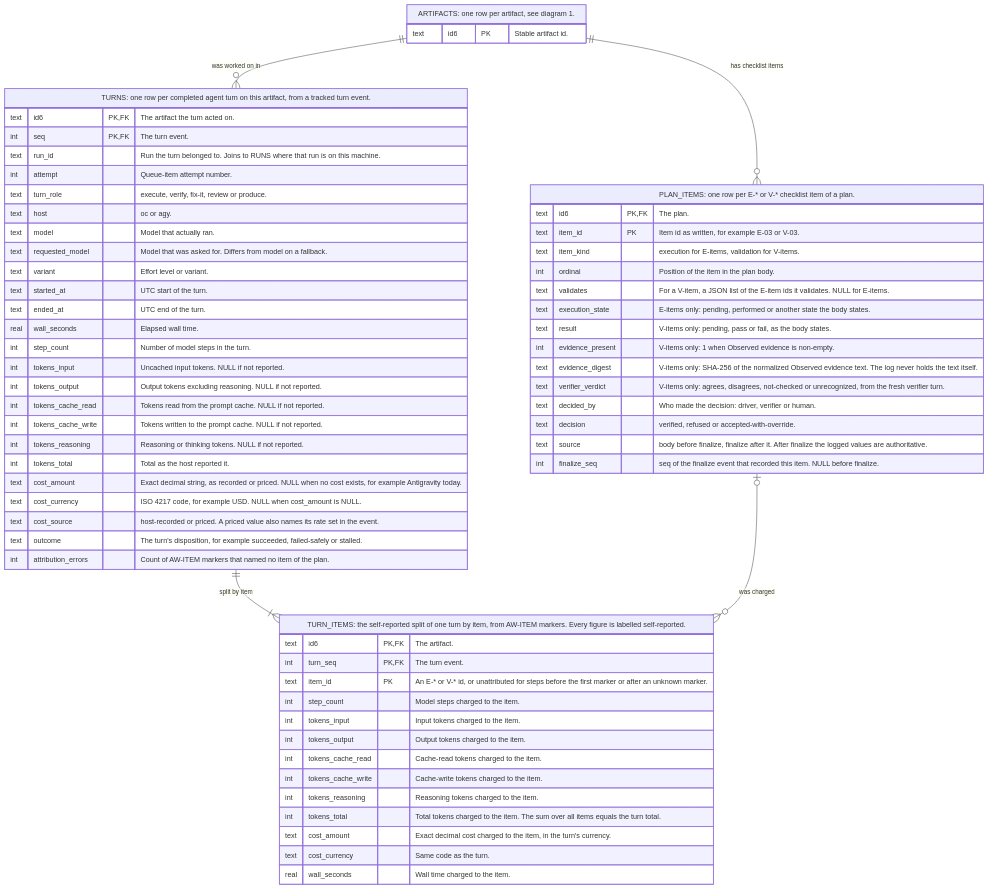
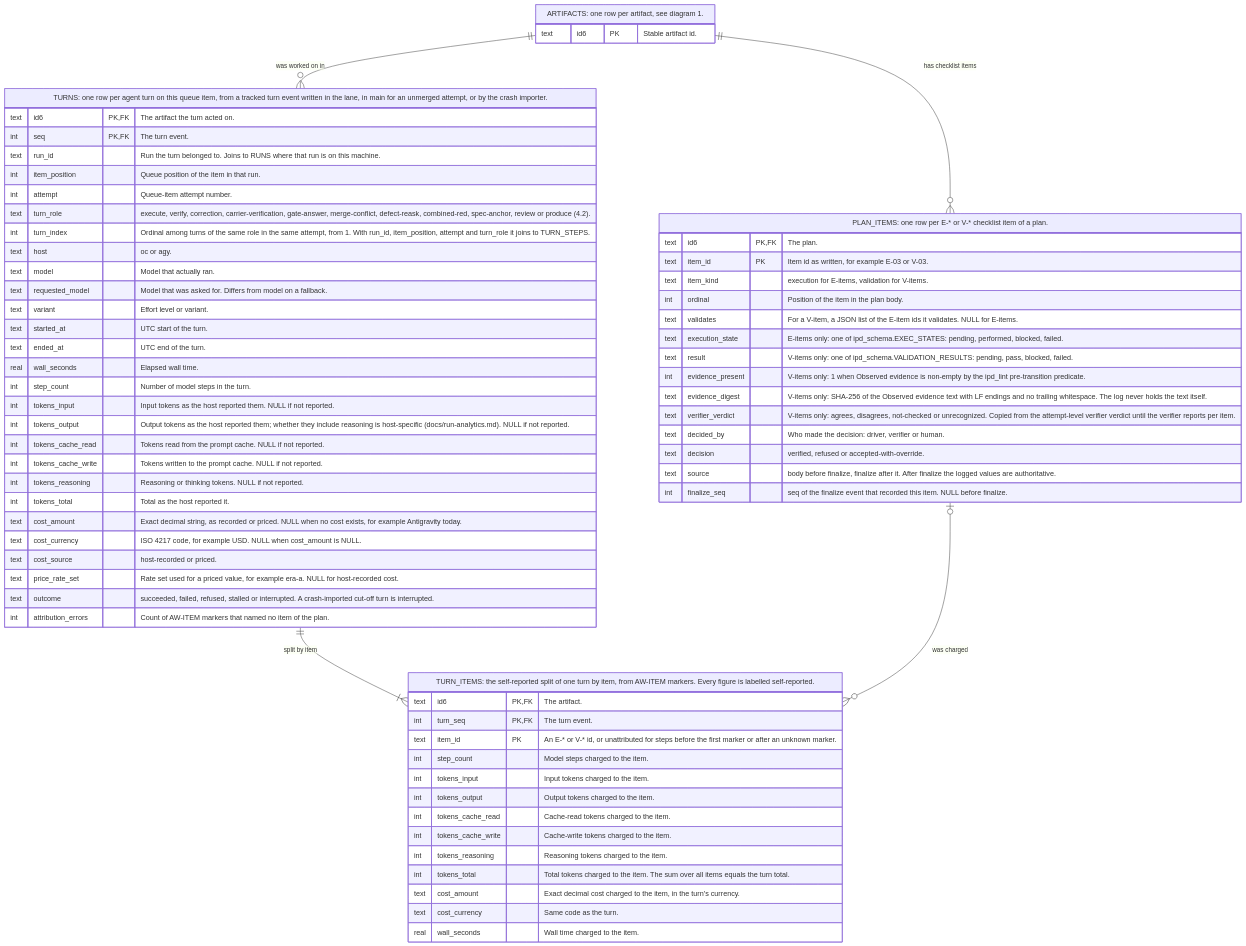
One commit to fariello/agent-workflows changed the third of 12 diagrams in .aw/records/specs/reviewed/20260925-metastore-01-4sd62s-artifact-metadata-store.spec.md. Above: the diagram before and after it, drawn with Mermaid. The commit also changed other lines of this file and 1 other file, not shown here.

First line of the commit message:
spec-review: harden 4sd62s round 16 (internal consistency; revisions applied)

````diff
--- a/.aw/records/specs/reviewed/20260925-metastore-01-4sd62s-artifact-metadata-store.spec.md
+++ b/.aw/records/specs/reviewed/20260925-metastore-01-4sd62s-artifact-metadata-store.spec.md
@@ -1516,67 +1731,70 @@
 ```mermaid
 erDiagram
     ARTIFACTS["ARTIFACTS: one row per artifact, see diagram 1."] {
         text id6 PK "Stable artifact id."
     }
     PLAN_ITEMS["PLAN_ITEMS: one row per E-* or V-* checklist item of a plan."] {
         text id6 PK, FK "The plan."
         text item_id PK "Item id as written, for example E-03 or V-03."
         text item_kind "execution for E-items, validation for V-items."
         int ordinal "Position of the item in the plan body."
         text validates "For a V-item, a JSON list of the E-item ids it validates. NULL for E-items."
-        text execution_state "E-items only: pending, performed or another state the body states."
-        text result "V-items only: pending, pass or fail, as the body states."
-        int evidence_present "V-items only: 1 when Observed evidence is non-empty."
-        text evidence_digest "V-items only: SHA-256 of the normalized Observed evidence text. The log never holds the text itself."
-        text verifier_verdict "V-items only: agrees, disagrees, not-checked or unrecognized, from the fresh verifier turn."
+        text execution_state "E-items only: one of ipd_schema.EXEC_STATES: pending, performed, blocked, failed."
+        text result "V-items only: one of ipd_schema.VALIDATION_RESULTS: pending, pass, blocked, failed."
+        int evidence_present "V-items only: 1 when Observed evidence is non-empty by the ipd_lint pre-transition predicate."
+        text evidence_digest "V-items only: SHA-256 of the Observed evidence text with LF endings and no trailing whitespace. The log never holds the text itself."
+        text verifier_verdict "V-items only: agrees, disagrees, not-checked or unrecognized. Copied from the attempt-level verifier verdict until the verifier reports per item."
         text decided_by "Who made the decision: driver, verifier or human."
         text decision "verified, refused or accepted-with-override."
         text source "body before finalize, finalize after it. After finalize the logged values are authoritative."
         int finalize_seq "seq of the finalize event that recorded this item. NULL before finalize."
     }
-    TURNS["TURNS: one row per completed agent turn on this artifact, from a tracked turn event."] {
+    TURNS["TURNS: one row per agent turn on this queue item, from a tracked turn event written in the lane, in main for an unmerged attempt, or by the crash importer."] {
         text id6 PK, FK "The artifact the turn acted on."
         int seq PK, FK "The turn event."
         text run_id "Run the turn belonged to. Joins to RUNS where that run is on this machine."
+        int item_position "Queue position of the item in that run."
         int attempt "Queue-item attempt number."
-        text turn_role "execute, verify, fix-it, review or produce."
+        text turn_role "execute, verify, correction, carrier-verification, gate-answer, merge-conflict, defect-reask, combined-red, spec-anchor, review or produce (4.2)."
+        int turn_index "Ordinal among turns of the same role in the same attempt, from 1. With run_id, item_position, attempt and turn_role it joins to TURN_STEPS."
         text host "oc or agy."
         text model "Model that actually ran."
         text requested_model "Model that was asked for. Differs from model on a fallback."
         text variant "Effort level or variant."
         text started_at "UTC start of the turn."
         text ended_at "UTC end of the turn."
         real wall_seconds "Elapsed wall time."
         int step_count "Number of model steps in the turn."
-        int tokens_input "Uncached input tokens. NULL if not reported."
-        int tokens_output "Output tokens excluding reasoning. NULL if not reported."
+        int tokens_input "Input tokens as the host reported them. NULL if not reported."
+        int tokens_output "Output tokens as the host reported them; whether they include reasoning is host-specific (docs/run-analytics.md). NULL if not reported."
         int tokens_cache_read "Tokens read from the prompt cache. NULL if not reported."
         int tokens_cache_write "Tokens written to the prompt cache. NULL if not reported."
         int tokens_reasoning "Reasoning or thinking tokens. NULL if not reported."
         int tokens_total "Total as the host reported it."
         text cost_amount "Exact decimal string, as recorded or priced. NULL when no cost exists, for example Antigravity today."
         text cost_currency "ISO 4217 code, for example USD. NULL when cost_amount is NULL."
-        text cost_source "host-recorded or priced. A priced value also names its rate set in the event."
-        text outcome "The turn's disposition, for example succeeded, failed-safely or stalled."
+        text cost_source "host-recorded or priced."
+        text price_rate_set "Rate set used for a priced value, for example era-a. NULL for host-recorded cost."
+        text outcome "succeeded, failed, refused, stalled or interrupted. A crash-imported cut-off turn is interrupted."
         int attribution_errors "Count of AW-ITEM markers that named no item of the plan."
     }
     TURN_ITEMS["TURN_ITEMS: the self-reported split of one turn by item, from AW-ITEM markers. Every figure is labelled self-reported."] {
         text id6 PK, FK "The artifact."
         int turn_seq PK, FK "The turn event."
         text item_id PK "An E-* or V-* id, or unattributed for steps before the first marker or after an unknown marker."
         int step_count "Model steps charged to the item."
         int tokens_input "Input tokens charged to the item."
         int tokens_output "Output tokens charged to the item."
         int tokens_cache_read "Cache-read tokens charged to the item."
         int tokens_cache_write "Cache-write tokens charged to the item."
         int tokens_reasoning "Reasoning tokens charged to the item."
         int tokens_total "Total tokens charged to the item. The sum over all items equals the turn total."
         text cost_amount "Exact decimal cost charged to the item, in the turn's currency."
         text cost_currency "Same code as the turn."
         real wall_seconds "Wall time charged to the item."
     }
     ARTIFACTS ||--o{ PLAN_ITEMS : "has checklist items"
     ARTIFACTS ||--o{ TURNS : "was worked on in"
     TURNS ||--|{ TURN_ITEMS : "split by item"
     PLAN_ITEMS |o--o{ TURN_ITEMS : "was charged"
 ```
````
